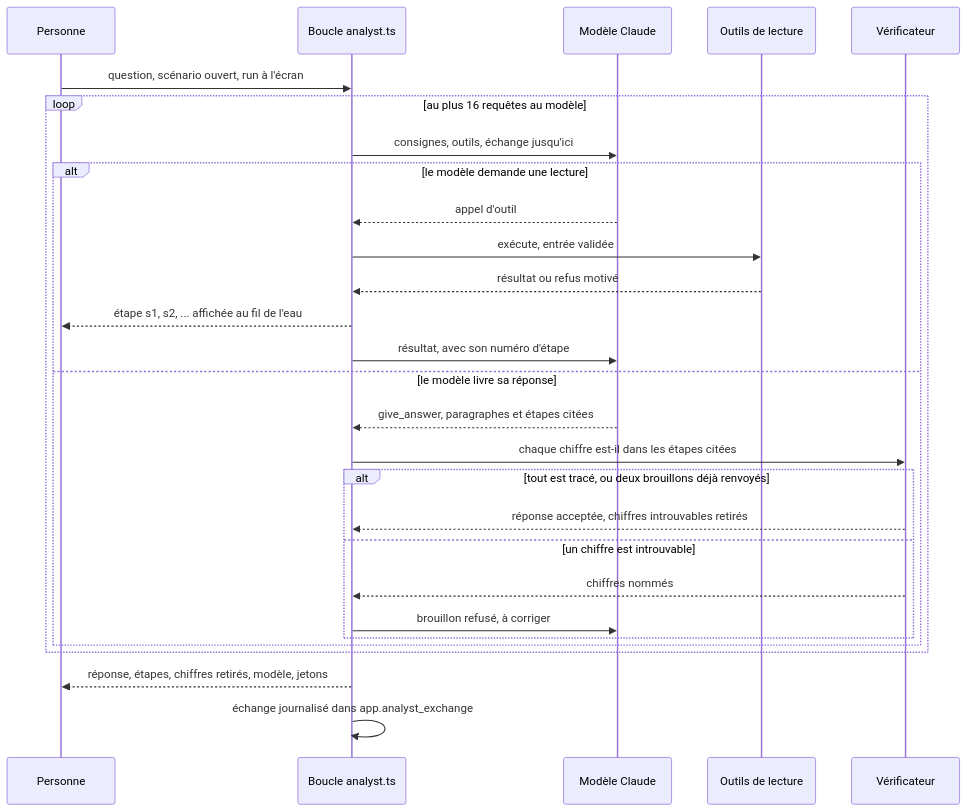
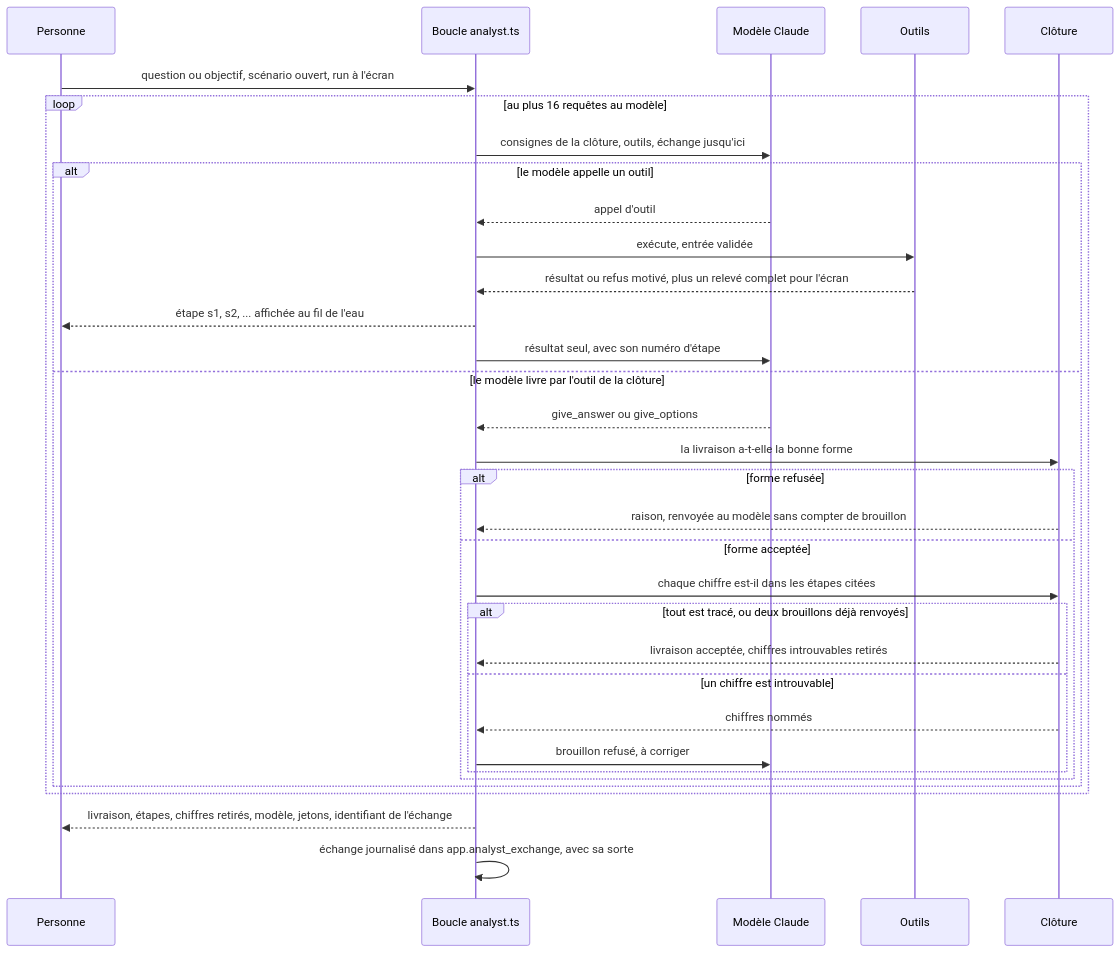
The first of 29 diagrams in docs/algorithms.md (V1ktor7/obscyro), drawn with Mermaid before and after one commit. The commit also changed other lines of this file and 35 other files, not shown here.

First line of the commit message:
feat(scenarios): l'analyste fait tester ses options par le moteur, et la décision s'enregistre avec ce qu'on en attend

````diff
--- a/docs/algorithms.md
+++ b/docs/algorithms.md
@@ -50,30 +54,35 @@
 ```mermaid
 sequenceDiagram
     participant P as Personne
     participant B as Boucle analyst.ts
     participant M as Modèle Claude
-    participant O as Outils de lecture
-    participant V as Vérificateur
-    P->>B: question, scénario ouvert, run à l'écran
+    participant O as Outils
+    participant C as Clôture
+    P->>B: question ou objectif, scénario ouvert, run à l'écran
     loop au plus 16 requêtes au modèle
-        B->>M: consignes, outils, échange jusqu'ici
-        alt le modèle demande une lecture
+        B->>M: consignes de la clôture, outils, échange jusqu'ici
+        alt le modèle appelle un outil
             M-->>B: appel d'outil
             B->>O: exécute, entrée validée
-            O-->>B: résultat ou refus motivé
+            O-->>B: résultat ou refus motivé, plus un relevé complet pour l'écran
             B-->>P: étape s1, s2, ... affichée au fil de l'eau
-            B->>M: résultat, avec son numéro d'étape
-        else le modèle livre sa réponse
-            M-->>B: give_answer, paragraphes et étapes citées
-            B->>V: chaque chiffre est-il dans les étapes citées
-            alt tout est tracé, ou deux brouillons déjà renvoyés
-                V-->>B: réponse acceptée, chiffres introuvables retirés
-            else un chiffre est introuvable
-                V-->>B: chiffres nommés
-                B->>M: brouillon refusé, à corriger
+            B->>M: résultat seul, avec son numéro d'étape
+        else le modèle livre par l'outil de la clôture
+            M-->>B: give_answer ou give_options
+            B->>C: la livraison a-t-elle la bonne forme
+            alt forme refusée
+                C-->>B: raison, renvoyée au modèle sans compter de brouillon
+            else forme acceptée
+                B->>C: chaque chiffre est-il dans les étapes citées
+                alt tout est tracé, ou deux brouillons déjà renvoyés
+                    C-->>B: livraison acceptée, chiffres introuvables retirés
+                else un chiffre est introuvable
+                    C-->>B: chiffres nommés
+                    B->>M: brouillon refusé, à corriger
+                end
             end
         end
     end
-    B-->>P: réponse, étapes, chiffres retirés, modèle, jetons
-    B->>B: échange journalisé dans app.analyst_exchange
+    B-->>P: livraison, étapes, chiffres retirés, modèle, jetons, identifiant de l'échange
+    B->>B: échange journalisé dans app.analyst_exchange, avec sa sorte
 ```
````
